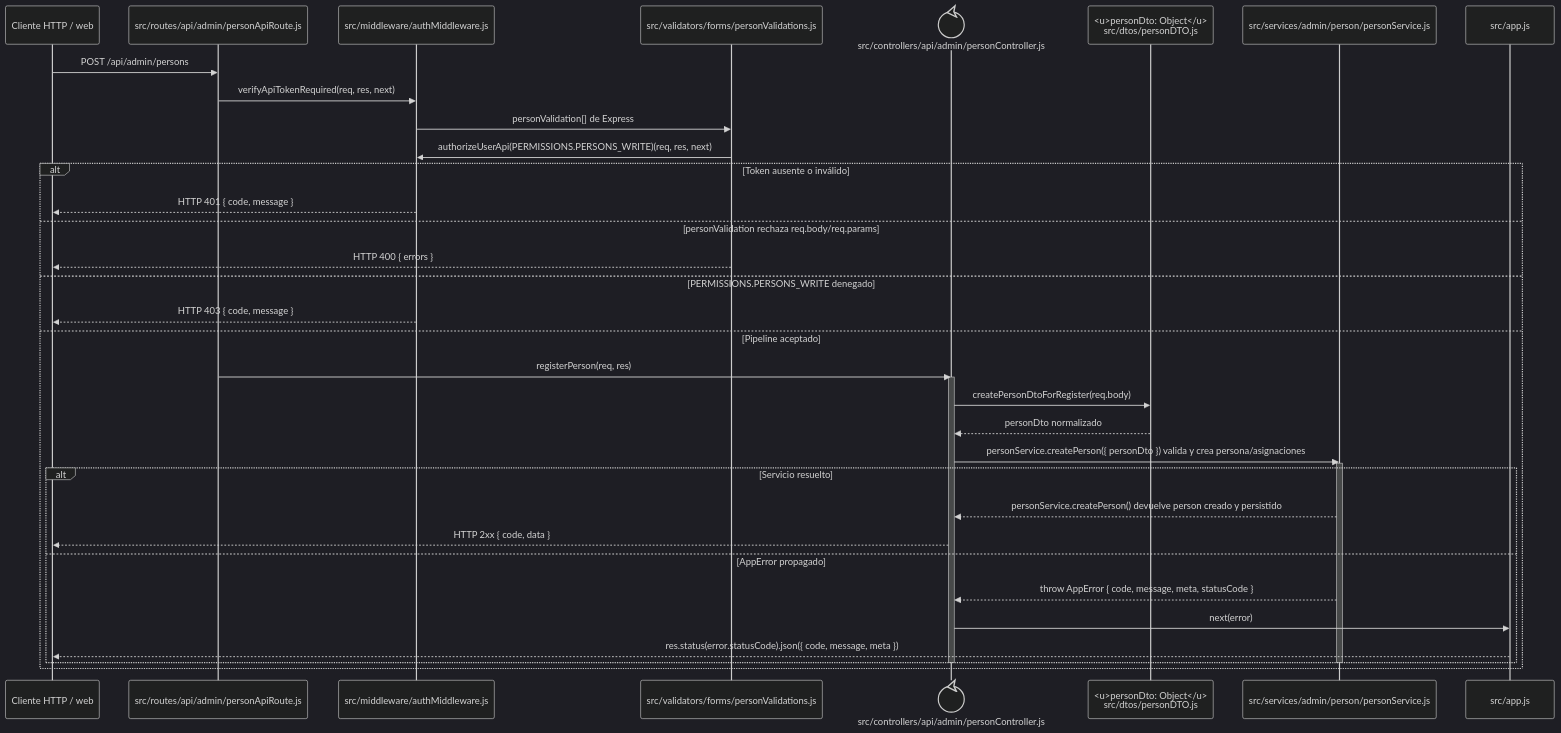
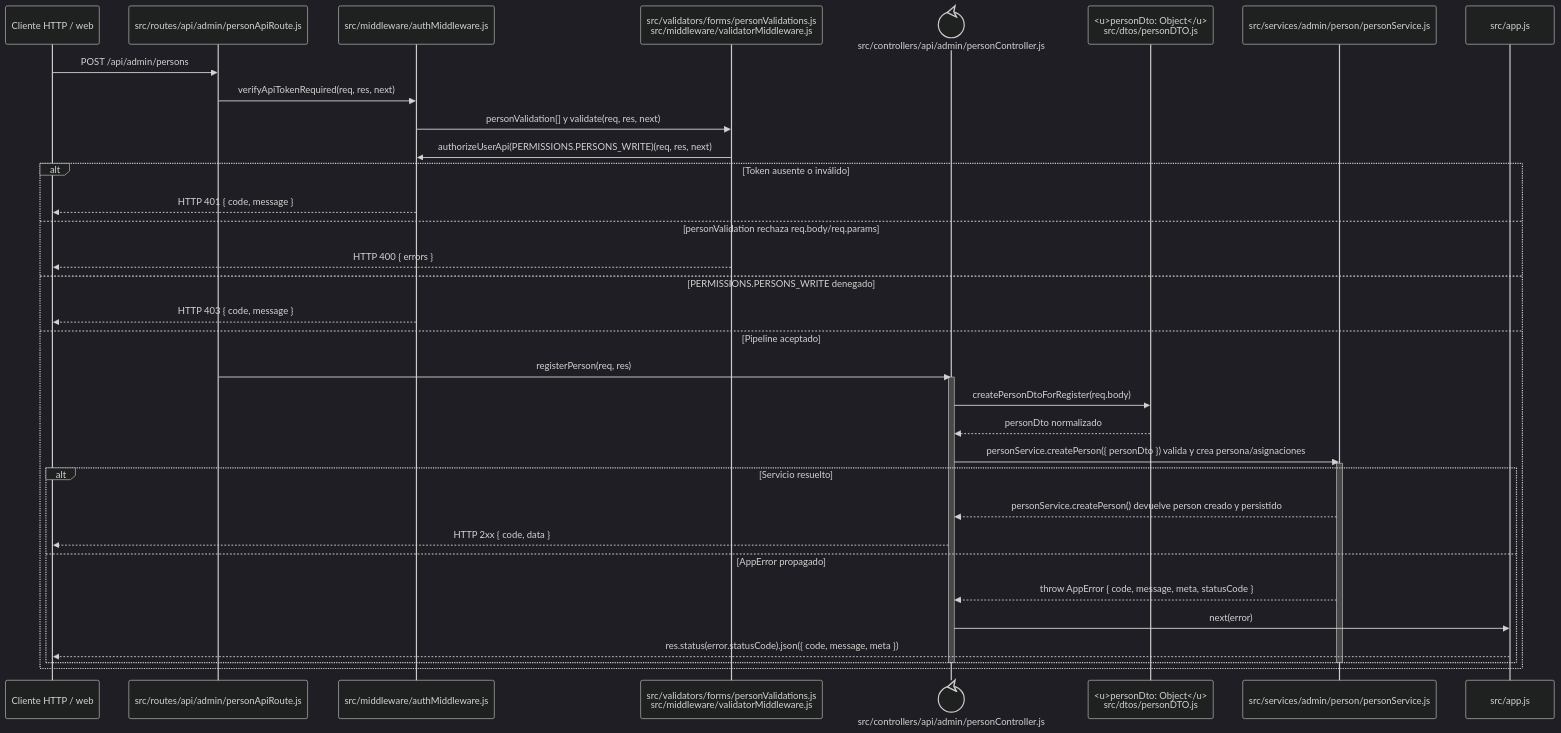
One commit to gpgsistemas01/nexus changed the diagram in docs/architecture/backend-code-sequences/identity-access/cu-ida-02.md. Above: the diagram before and after it, drawn with Mermaid (dark theme). The commit also changed 105 other files, not shown here.

````diff
--- a/docs/architecture/backend-code-sequences/identity-access/cu-ida-02.md
+++ b/docs/architecture/backend-code-sequences/identity-access/cu-ida-02.md
@@ -6,40 +6,40 @@
 ```mermaid
 sequenceDiagram
     participant Client as Cliente HTTP / web
     participant Route as src/routes/api/admin/personApiRoute.js
     participant Auth as src/middleware/authMiddleware.js
-    participant Validator as src/validators/forms/personValidations.js
+    participant Validator as src/validators/forms/personValidations.js<br/>src/middleware/validatorMiddleware.js
     participant Controller@{ "type": "control" } as src/controllers/api/admin/personController.js
     participant PersonDto as <u>personDto: Object</u><br/>src/dtos/personDTO.js
     participant Domain as src/services/admin/person/personService.js
     participant ErrorHandler as src/app.js
 
     Client->>Route: POST /api/admin/persons
     Route->>Auth: verifyApiTokenRequired(req, res, next)
-    Auth->>Validator: personValidation[] de Express
+    Auth->>Validator: personValidation[] y validate(req, res, next)
     Validator->>Auth: authorizeUserApi(PERMISSIONS.PERSONS_WRITE)(req, res, next)
     alt Token ausente o inválido
         Auth-->>Client: HTTP 401 { code, message }
     else personValidation rechaza req.body/req.params
         Validator-->>Client: HTTP 400 { errors }
     else PERMISSIONS.PERSONS_WRITE denegado
         Auth-->>Client: HTTP 403 { code, message }
     else Pipeline aceptado
         Route->>Controller: registerPerson(req, res)
         activate Controller
         Controller->>PersonDto: createPersonDtoForRegister(req.body)
         PersonDto-->>Controller: personDto normalizado
         Controller->>Domain: personService.createPerson({ personDto }) valida y crea persona/asignaciones
         activate Domain
         alt Servicio resuelto
             Domain-->>Controller: personService.createPerson() devuelve person creado y persistido
             Controller-->>Client: HTTP 2xx { code, data }
         else AppError propagado
             Domain-->>Controller: throw AppError { code, message, meta, statusCode }
             Controller->>ErrorHandler: next(error)
             ErrorHandler-->>Client: res.status(error.statusCode).json({ code, message, meta })
         end
         deactivate Domain
         deactivate Controller
     end
 ```
````
